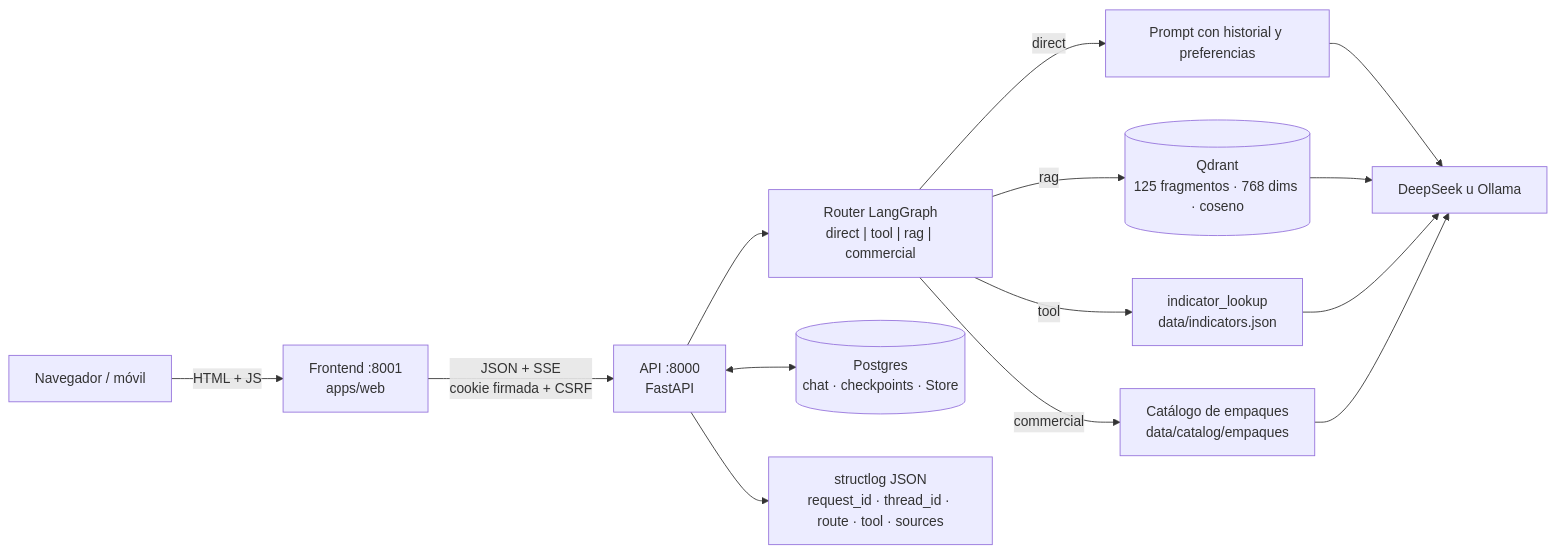
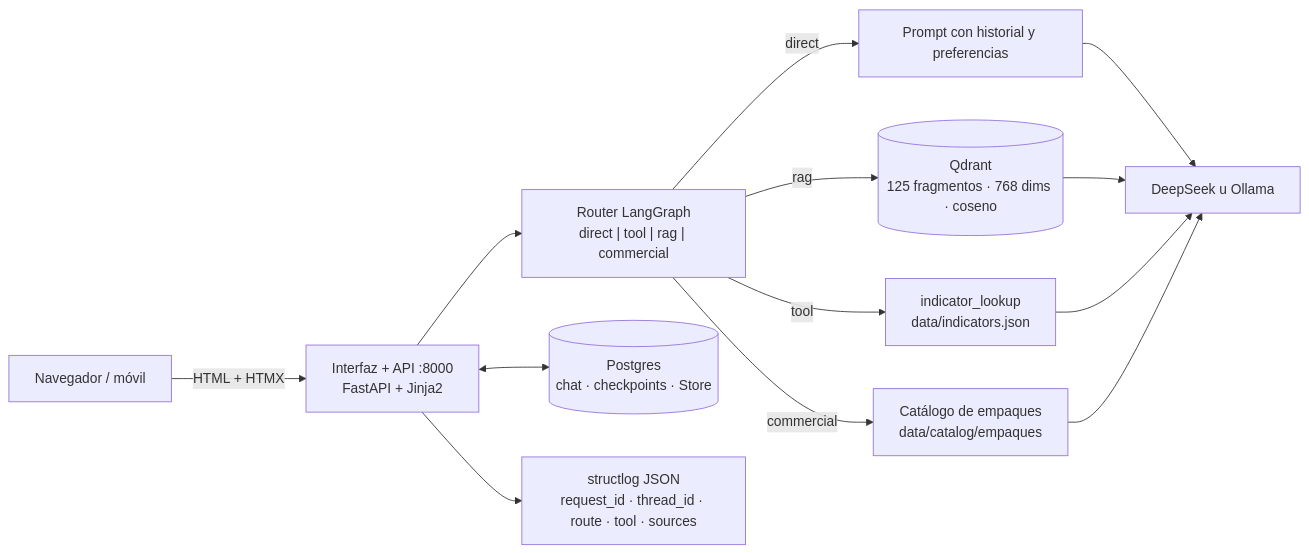
Before and after one commit to almeneses/carvajal: the diagram in README.md, drawn with Mermaid. The commit also changed other lines of this file and 36 other files, not shown here.

````diff
--- a/README.md
+++ b/README.md
@@ -42,16 +42,15 @@
 ```mermaid
 flowchart LR
-  U[Navegador / móvil] -->|HTML + JS| FE["Frontend :8001<br/>apps/web"]
-  FE -->|"JSON + SSE<br/>cookie firmada + CSRF"| API["API :8000<br/>FastAPI"]
+  U[Navegador / móvil] -->|HTML + HTMX| API["Interfaz + API :8000<br/>FastAPI + Jinja2"]
   API --> ROUTER["Router LangGraph<br/>direct | tool | rag | commercial"]
   ROUTER -->|direct| PROMPT[Prompt con historial y preferencias]
   ROUTER -->|rag| Q[("Qdrant<br/>125 fragmentos · 768 dims · coseno")]
   ROUTER -->|tool| T["indicator_lookup<br/>data/indicators.json"]
   ROUTER -->|commercial| C["Catálogo de empaques<br/>data/catalog/empaques"]
   PROMPT --> LLM[DeepSeek u Ollama]
   Q --> LLM
   T --> LLM
   C --> LLM
   API <--> PG[("Postgres<br/>chat · checkpoints · Store")]
   API --> LOGS["structlog JSON<br/>request_id · thread_id · route · tool · sources"]
 ```
````
